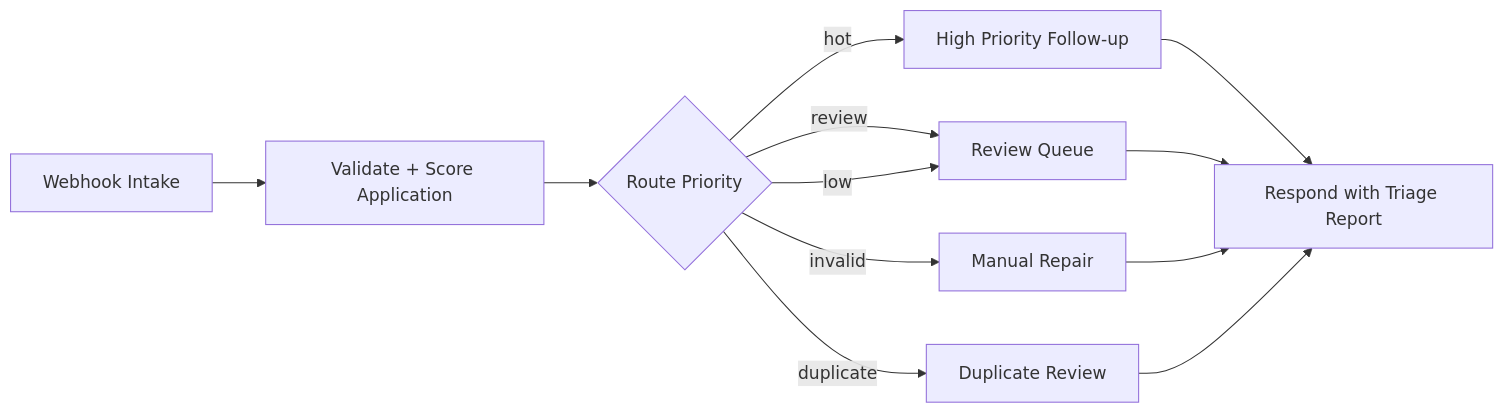
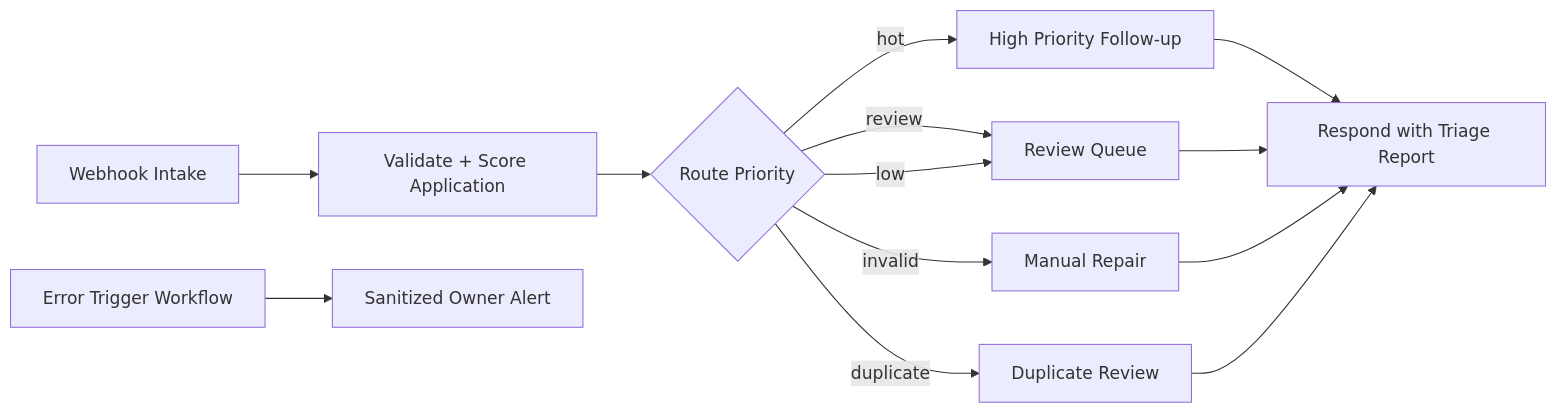
One commit to utyagi005/workflows changed the diagram in README.md. Above: the diagram before and after it, drawn with Mermaid. The commit also changed other lines of this file and 17 other files, not shown here.

Commit message:
Add production readiness scorecard and error workflow

````diff
--- a/README.md
+++ b/README.md
@@ -45,14 +47,15 @@
 ```mermaid
 flowchart LR
   A["Webhook Intake"] --> B["Validate + Score Application"]
   B --> C{"Route Priority"}
   C -->|hot| D["High Priority Follow-up"]
   C -->|review| E["Review Queue"]
   C -->|invalid| F["Manual Repair"]
   C -->|duplicate| H["Duplicate Review"]
   C -->|low| E
   D --> G["Respond with Triage Report"]
   E --> G
   F --> G
   H --> G
+  X["Error Trigger Workflow"] --> Y["Sanitized Owner Alert"]
 ```
````
